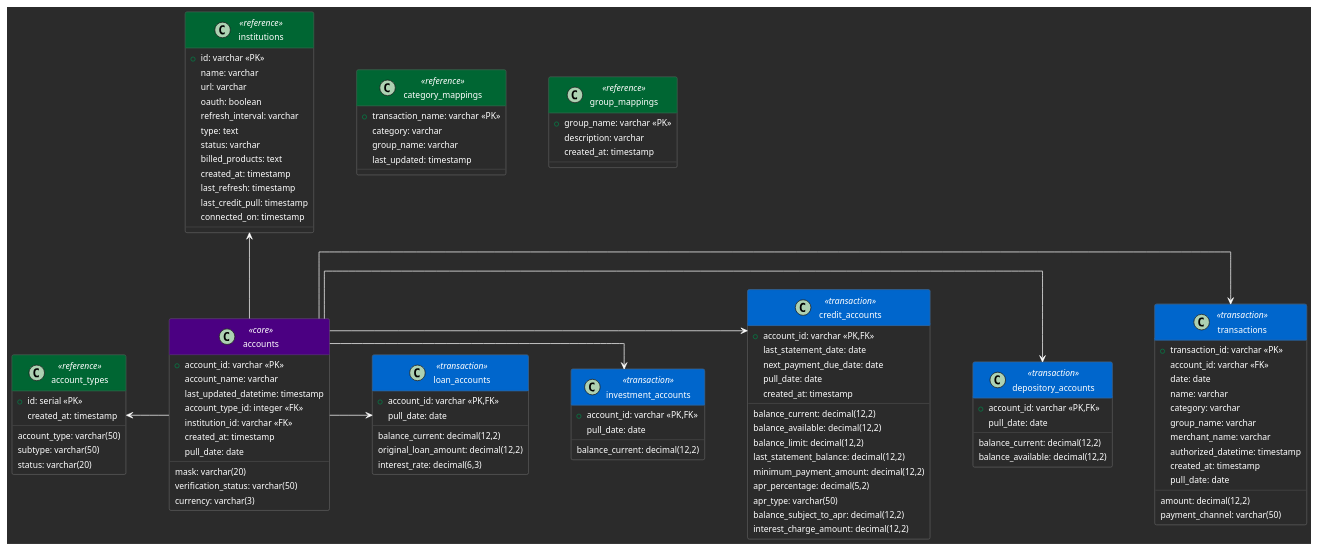
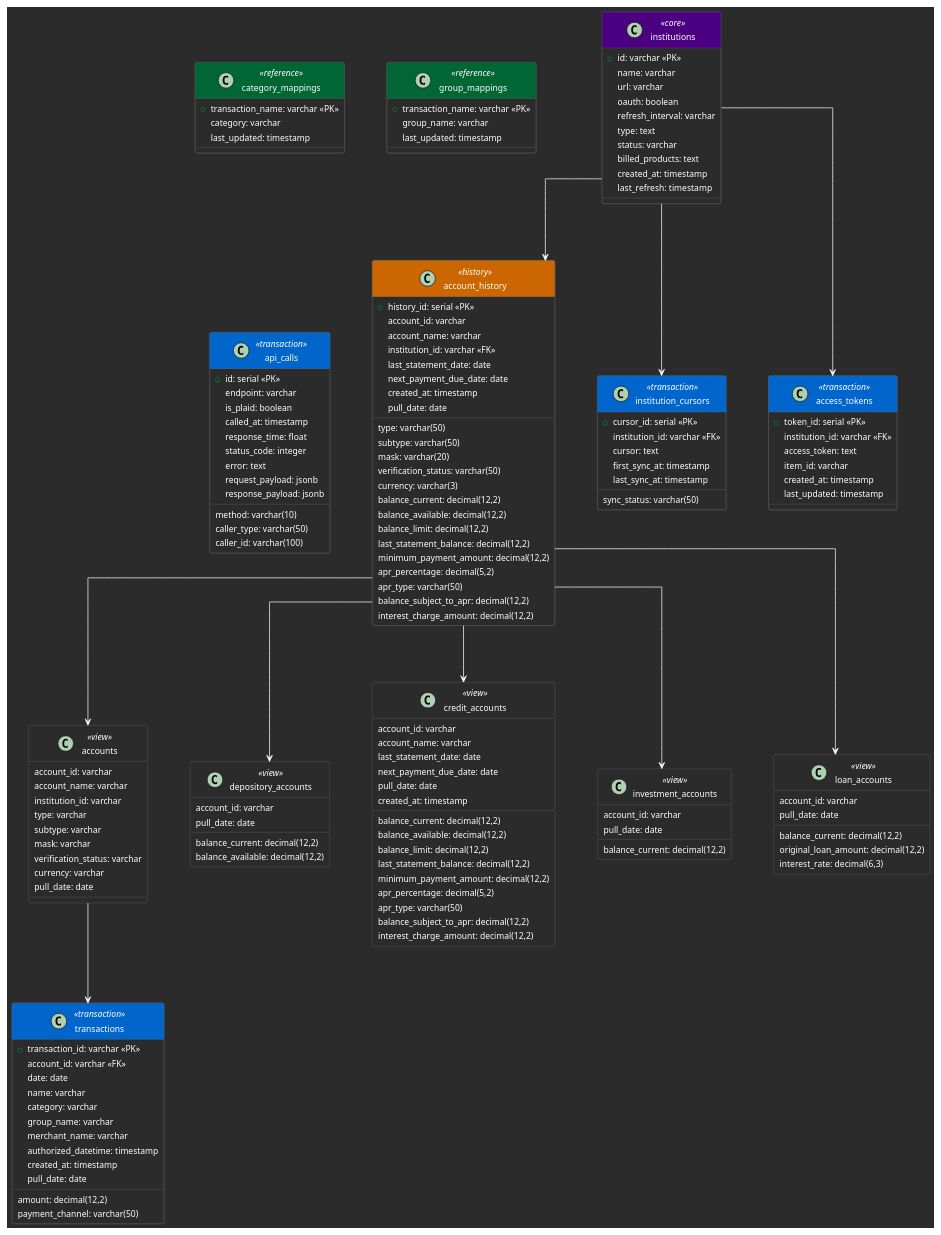
The diagram in app/diagrams/database.puml (m-dur/docker-plaid), drawn with PlantUML before and after one commit. The commit also changed 2 other files, not shown here.

Commit message:
view row counts

```diff
--- a/app/diagrams/database.puml
+++ b/app/diagrams/database.puml
@@ -1,137 +1,188 @@
 @startuml Financial Database Schema
 
 ' Basic styling
 skinparam BackgroundColor #2B2B2B
 skinparam linetype ortho
 skinparam Padding 2
 skinparam roundcorner 5
 skinparam nodesep 60
 skinparam ranksep 80
 
 ' Class styling
 skinparam class {
     AttributeFontColor white
     AttributeFontSize 12
     BackgroundColor #2B2B2B
     BorderColor #666666
     StereotypeFontColor white
     HeaderBackgroundColor<<core>> #4B0082
     HeaderBackgroundColor<<transaction>> #0066CC
     HeaderBackgroundColor<<reference>> #006633
+    HeaderBackgroundColor<<history>> #CC6600
 }
 
 ' Core tables
-class accounts <<core>> {
-    + account_id: varchar <<PK>>
-    account_name: varchar
-    last_updated_datetime: timestamp
-    account_type_id: integer <<FK>>
-    institution_id: varchar <<FK>>
-    mask: varchar(20)
-    verification_status: varchar(50)
-    currency: varchar(3)
-    created_at: timestamp
-    pull_date: date
-}
-
-' Reference tables
-class account_types <<reference>> {
-    + id: serial <<PK>>
-    account_type: varchar(50)
-    subtype: varchar(50)
-    status: varchar(20)
-    created_at: timestamp
-}
-
-class institutions <<reference>> {
+class institutions <<core>> {
     + id: varchar <<PK>>
     name: varchar
     url: varchar
     oauth: boolean
     refresh_interval: varchar
     type: text
     status: varchar
     billed_products: text
     created_at: timestamp
     last_refresh: timestamp
-    last_credit_pull: timestamp
-    connected_on: timestamp
 }
 
+class account_history <<history>> {
+    + history_id: serial <<PK>>
+    account_id: varchar
+    account_name: varchar
+    institution_id: varchar <<FK>>
+    type: varchar(50)
+    subtype: varchar(50)
+    mask: varchar(20)
+    verification_status: varchar(50)
+    currency: varchar(3)
+    balance_current: decimal(12,2)
+    balance_available: decimal(12,2)
+    balance_limit: decimal(12,2)
+    last_statement_balance: decimal(12,2)
+    last_statement_date: date
+    minimum_payment_amount: decimal(12,2)
+    next_payment_due_date: date
+    apr_percentage: decimal(5,2)
+    apr_type: varchar(50)
+    balance_subject_to_apr: decimal(12,2)
+    interest_charge_amount: decimal(12,2)
+    created_at: timestamp
+    pull_date: date
+}
+
+' Views
+class accounts <<view>> {
+    account_id: varchar
+    account_name: varchar
+    institution_id: varchar
+    type: varchar
+    subtype: varchar
+    mask: varchar
+    verification_status: varchar
+    currency: varchar
+    pull_date: date
+}
+
+class depository_accounts <<view>> {
+    account_id: varchar
+    balance_current: decimal(12,2)
+    balance_available: decimal(12,2)
+    pull_date: date
+}
+
+class credit_accounts <<view>> {
+    account_id: varchar
+    account_name: varchar
+    balance_current: decimal(12,2)
+    balance_available: decimal(12,2)
+    balance_limit: decimal(12,2)
+    last_statement_balance: decimal(12,2)
+    last_statement_date: date
+    minimum_payment_amount: decimal(12,2)
+    next_payment_due_date: date
+    apr_percentage: decimal(5,2)
+    apr_type: varchar(50)
+    balance_subject_to_apr: decimal(12,2)
+    interest_charge_amount: decimal(12,2)
+    pull_date: date
+    created_at: timestamp
+}
+
+class investment_accounts <<view>> {
+    account_id: varchar
+    balance_current: decimal(12,2)
+    pull_date: date
+}
+
+class loan_accounts <<view>> {
+    account_id: varchar
+    balance_current: decimal(12,2)
+    original_loan_amount: decimal(12,2)
+    interest_rate: decimal(6,3)
+    pull_date: date
+}
+
+' Reference tables
 class category_mappings <<reference>> {
     + transaction_name: varchar <<PK>>
     category: varchar
+    last_updated: timestamp
+}
+
+class group_mappings <<reference>> {
+    + transaction_name: varchar <<PK>>
     group_name: varchar
     last_updated: timestamp
 }
 
-class group_mappings <<reference>> {
-    + group_name: varchar <<PK>>
-    description: varchar
-    created_at: timestamp
-}
-
-' Transaction tables
+' Transaction and API tables
 class transactions <<transaction>> {
     + transaction_id: varchar <<PK>>
     account_id: varchar <<FK>>
     amount: decimal(12,2)
     date: date
     name: varchar
     category: varchar
     group_name: varchar
     merchant_name: varchar
     payment_channel: varchar(50)
     authorized_datetime: timestamp
     created_at: timestamp
     pull_date: date
 }
 
-class depository_accounts <<transaction>> {
-    + account_id: varchar <<PK,FK>>
-    balance_current: decimal(12,2)
-    balance_available: decimal(12,2)
-    pull_date: date
+class institution_cursors <<transaction>> {
+    + cursor_id: serial <<PK>>
+    institution_id: varchar <<FK>>
+    cursor: text
+    first_sync_at: timestamp
+    last_sync_at: timestamp
+    sync_status: varchar(50)
 }
 
-class credit_accounts <<transaction>> {
-    + account_id: varchar <<PK,FK>>
-    balance_current: decimal(12,2)
-    balance_available: decimal(12,2)
-    balance_limit: decimal(12,2)
-    last_statement_balance: decimal(12,2)
-    last_statement_date: date
-    minimum_payment_amount: decimal(12,2)
-    next_payment_due_date: date
-    apr_percentage: decimal(5,2)
-    apr_type: varchar(50)
-    balance_subject_to_apr: decimal(12,2)
-    interest_charge_amount: decimal(12,2)
-    pull_date: date
+class access_tokens <<transaction>> {
+    + token_id: serial <<PK>>
+    institution_id: varchar <<FK>>
+    access_token: text
+    item_id: varchar
     created_at: timestamp
+    last_updated: timestamp
 }
 
-class investment_accounts <<transaction>> {
-    + account_id: varchar <<PK,FK>>
-    balance_current: decimal(12,2)
-    pull_date: date
-}
-
-class loan_accounts <<transaction>> {
-    + account_id: varchar <<PK,FK>>
-    balance_current: decimal(12,2)
-    original_loan_amount: decimal(12,2)
-    interest_rate: decimal(6,3)
-    pull_date: date
+class api_calls <<transaction>> {
+    + id: serial <<PK>>
+    endpoint: varchar
+    method: varchar(10)
+    is_plaid: boolean
+    called_at: timestamp
+    caller_type: varchar(50)
+    caller_id: varchar(100)
+    response_time: float
+    status_code: integer
+    error: text
+    request_payload: jsonb
+    response_payload: jsonb
 }
 
 ' Relationships
-accounts -[#ffffff]right-> transactions
-accounts -[#ffffff]left-> account_types
-accounts -[#ffffff]up-> institutions
-accounts -[#ffffff]right-> depository_accounts
-accounts -[#ffffff]right-> credit_accounts
-accounts -[#ffffff]right-> investment_accounts
-accounts -[#ffffff]right-> loan_accounts
+institutions -[#ffffff]-> account_history
+account_history -[#ffffff]-> accounts
+account_history -[#ffffff]-> depository_accounts
+account_history -[#ffffff]-> credit_accounts
+account_history -[#ffffff]-> investment_accounts
+account_history -[#ffffff]-> loan_accounts
+institutions -[#ffffff]-> institution_cursors
+institutions -[#ffffff]-> access_tokens
+accounts -[#ffffff]-> transactions
 
 @enduml
```
